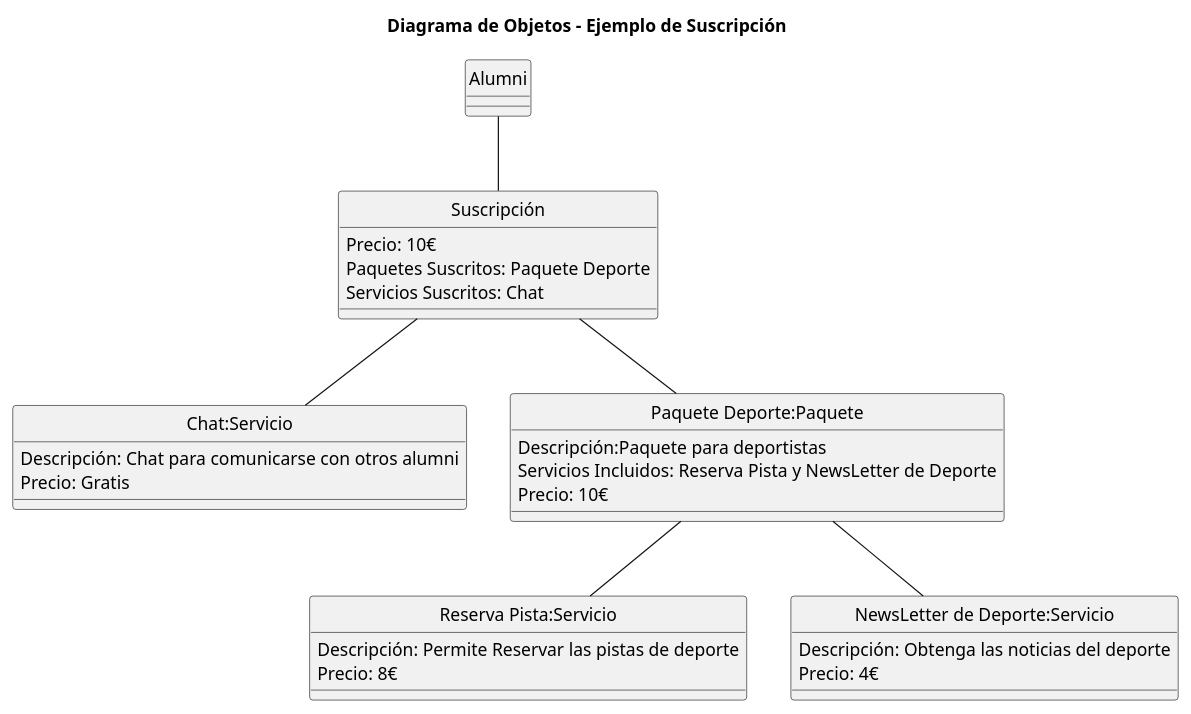
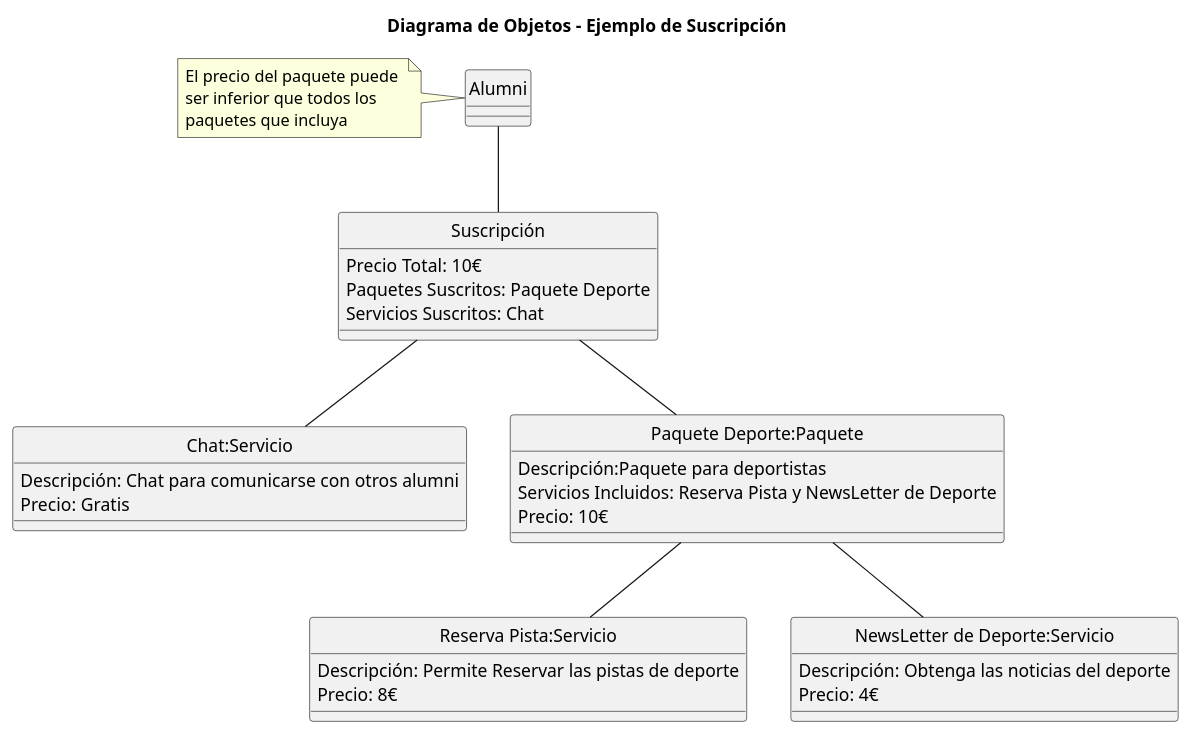
One commit to mmasias/23-24-IdSw1-SDR changed the diagram in Modelo_de_Dominio/Diagramas_de_Objetos/Suscripción_de_Servicios/Diagrama_de_Objetos_Suscripción.puml. Above: the diagram before and after it, drawn with PlantUML. The commit also changed 1 other file, not shown here.

Commit message:
Diagrama de objetos de suscripcion

```diff
--- a/Modelo_de_Dominio/Diagramas_de_Objetos/Suscripción_de_Servicios/Diagrama_de_Objetos_Suscripción.puml
+++ b/Modelo_de_Dominio/Diagramas_de_Objetos/Suscripción_de_Servicios/Diagrama_de_Objetos_Suscripción.puml
@@ -1,46 +1,47 @@
 @startuml Diagrama_de_Objetos-Servicio_Externo
 title Diagrama de Objetos - Ejemplo de Suscripción
 
 skinparam backgroundColor white
 skinparam defaultFontName Arial
 hide circle
 
 class Suscripción
 {
-Precio: 10€
+Precio Total: 10€
 Paquetes Suscritos: Paquete Deporte
 Servicios Suscritos: Chat
 }
 
 class "Chat:Servicio"
 {
 Descripción: Chat para comunicarse con otros alumni
 Precio: Gratis
 }
 
 
 class "Paquete Deporte:Paquete"
 {
 Descripción:Paquete para deportistas
 Servicios Incluidos: Reserva Pista y NewsLetter de Deporte
 Precio: 10€
 }
 
 class "Reserva Pista:Servicio"
 {
 Descripción: Permite Reservar las pistas de deporte
 Precio: 8€
 }
 class "NewsLetter de Deporte:Servicio"
 {
 Descripción: Obtenga las noticias del deporte
 Precio: 4€
 }
 
 Alumni -- "Suscripción"
-Suscripción--"Paquete Deporte:Paquete"
+Suscripción -- "Paquete Deporte:Paquete"
+note left: El precio del paquete puede \nser inferior que todos los \npaquetes que incluya
 
 "Paquete Deporte:Paquete"--"NewsLetter de Deporte:Servicio"
 "Paquete Deporte:Paquete"--"Reserva Pista:Servicio"
 Suscripción--"Chat:Servicio"
 @enduml
```
